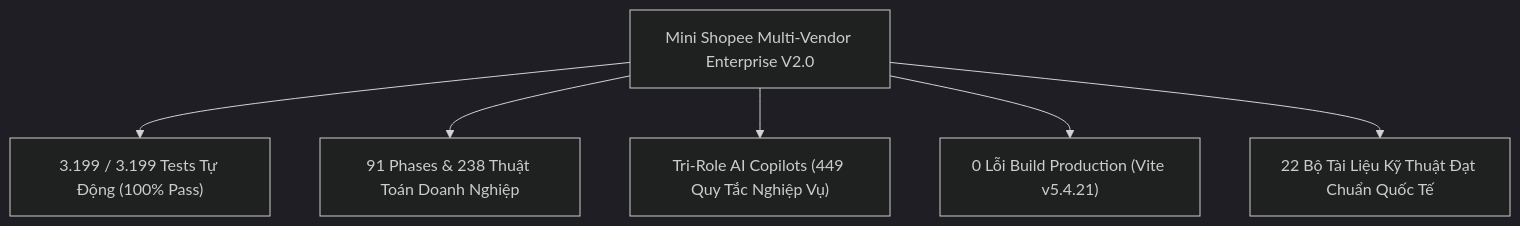
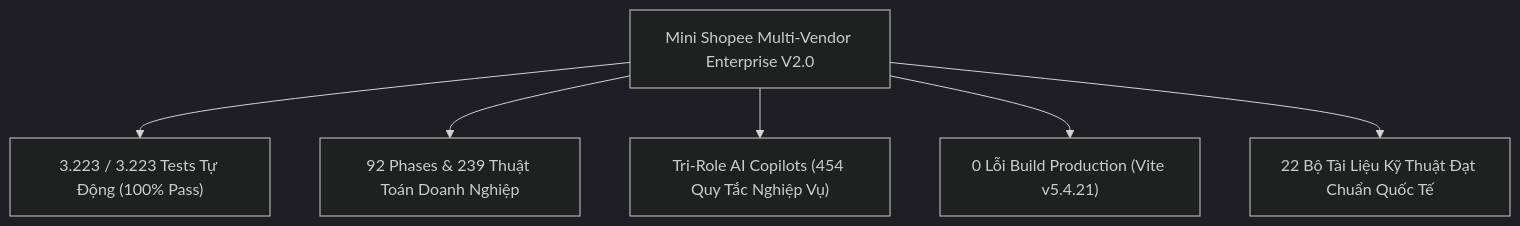
Before and after one commit to JiaysTM17/Fullstack-Ecommerce: the first of 2 diagrams in docs/DANH_MUC_HO_SO_BAN_GIAO_VA_TONG_QUAN_DU_AN.md, drawn with Mermaid (dark theme). The commit also changed other lines of this file and 10 other files, not shown here.

````diff
--- a/docs/DANH_MUC_HO_SO_BAN_GIAO_VA_TONG_QUAN_DU_AN.md
+++ b/docs/DANH_MUC_HO_SO_BAN_GIAO_VA_TONG_QUAN_DU_AN.md
@@ -21,9 +21,9 @@
 ```mermaid
 graph TD
     System["Mini Shopee Multi-Vendor Enterprise V2.0"]
-    System --> Stat1["3.199 / 3.199 Tests Tự Động (100% Pass)"]
-    System --> Stat2["91 Phases & 238 Thuật Toán Doanh Nghiệp"]
-    System --> Stat3["Tri-Role AI Copilots (449 Quy Tắc Nghiệp Vụ)"]
+    System --> Stat1["3.223 / 3.223 Tests Tự Động (100% Pass)"]
+    System --> Stat2["92 Phases & 239 Thuật Toán Doanh Nghiệp"]
+    System --> Stat3["Tri-Role AI Copilots (454 Quy Tắc Nghiệp Vụ)"]
     System --> Stat4["0 Lỗi Build Production (Vite v5.4.21)"]
     System --> Stat5["22 Bộ Tài Liệu Kỹ Thuật Đạt Chuẩn Quốc Tế"]
 ```
````
